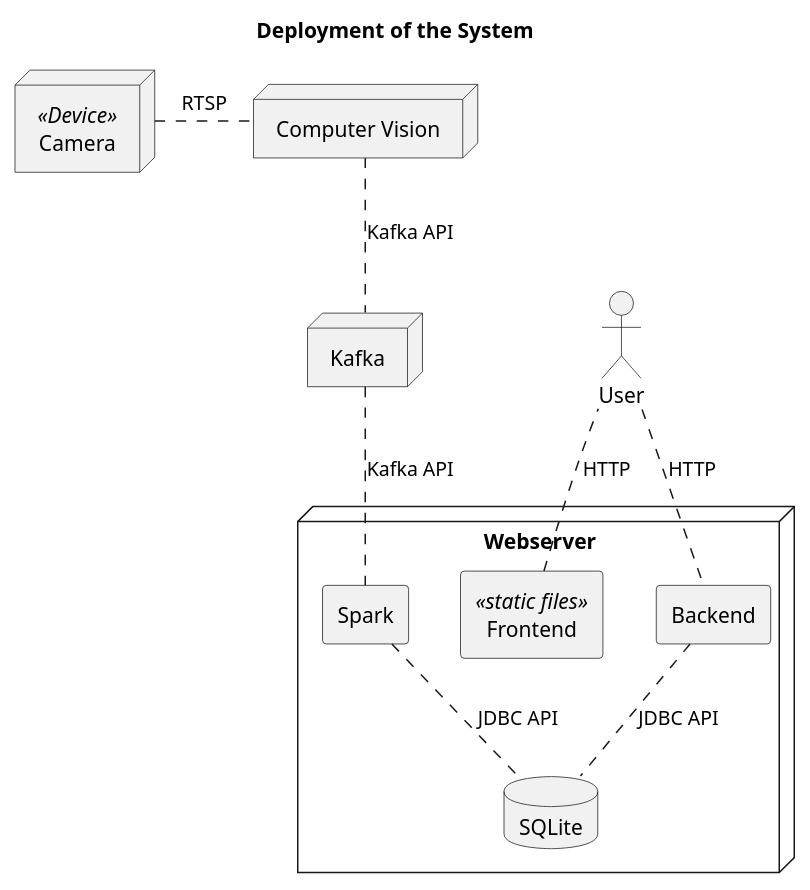
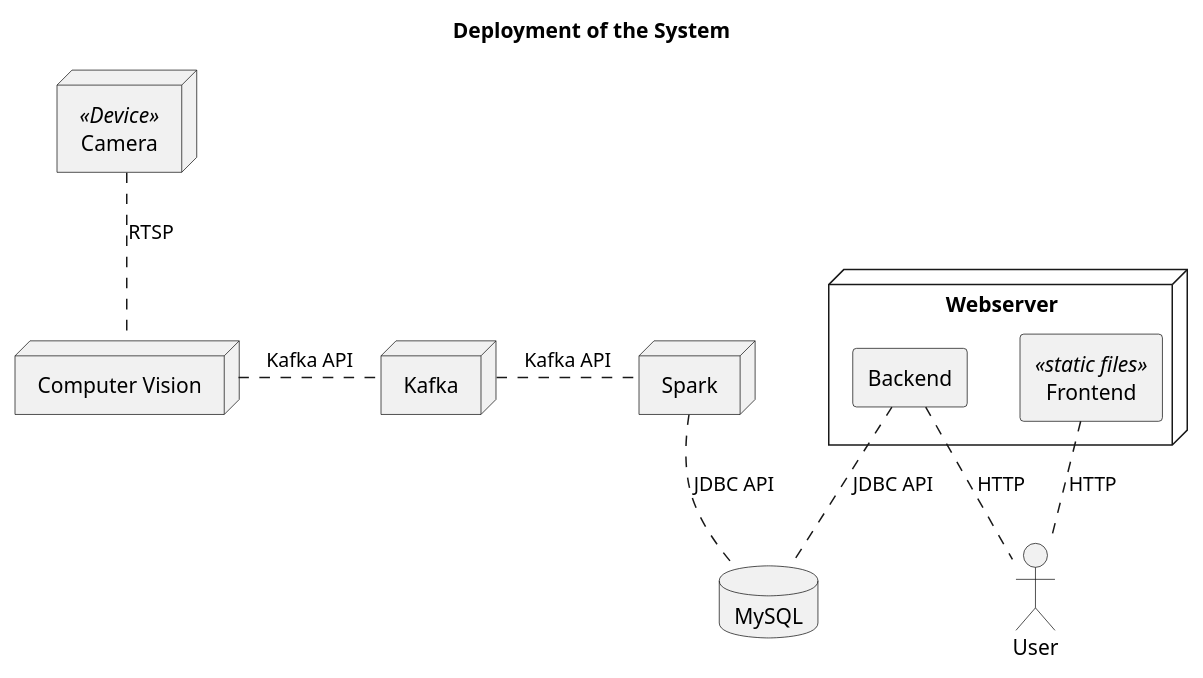
One commit to jkruke/parkpal changed the diagram in diagrams/deployment.puml. Above: the diagram before and after it, drawn with PlantUML. The commit also changed 2 other files, not shown here.

Commit message:
update deployment diagram

```diff
--- a/diagrams/deployment.puml
+++ b/diagrams/deployment.puml
@@ -1,24 +1,24 @@
 @startuml
 
 title "Deployment of the System"
 
 node Camera <<Device>>
 node "Computer Vision" as CV
 node Kafka
+node Spark
+database MySQL
 node Webserver {
-    rectangle Spark
-    database SQLite
     rectangle Backend
     rectangle Frontend <<static files>>
 }
 actor User
 
-Camera . CV: RTSP
-CV .. Kafka: Kafka API
-Kafka .. Spark: Kafka API
-Spark .. SQLite: JDBC API
-Backend .. SQLite: JDBC API
+Camera .. CV: RTSP
+CV . Kafka: Kafka API
+Kafka . Spark: Kafka API
+Spark .. MySQL: JDBC API
+Backend .. MySQL: JDBC API
 Frontend . User: HTTP
-User .. Backend: HTTP
+Backend .. User: HTTP
 
 @enduml
```
